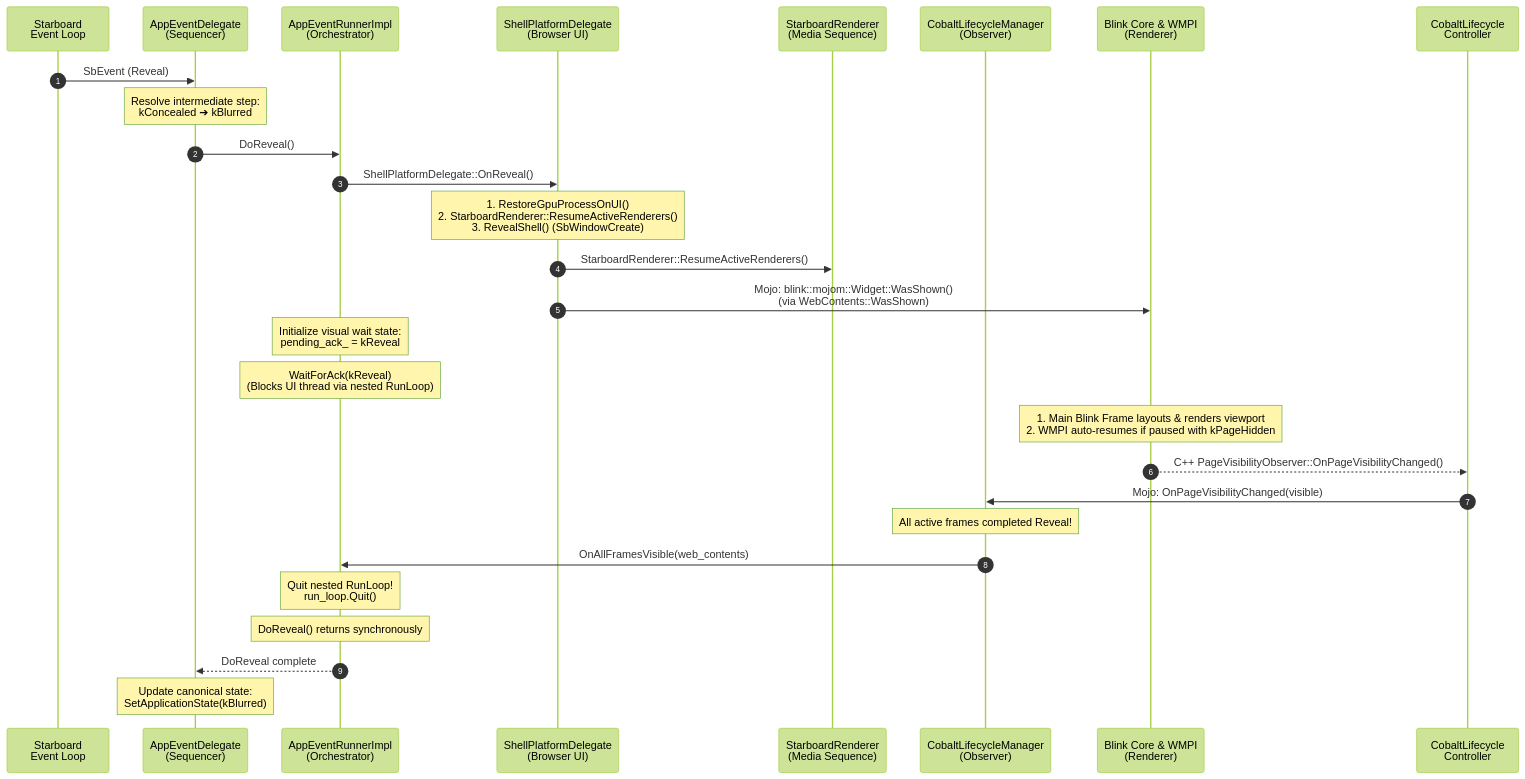
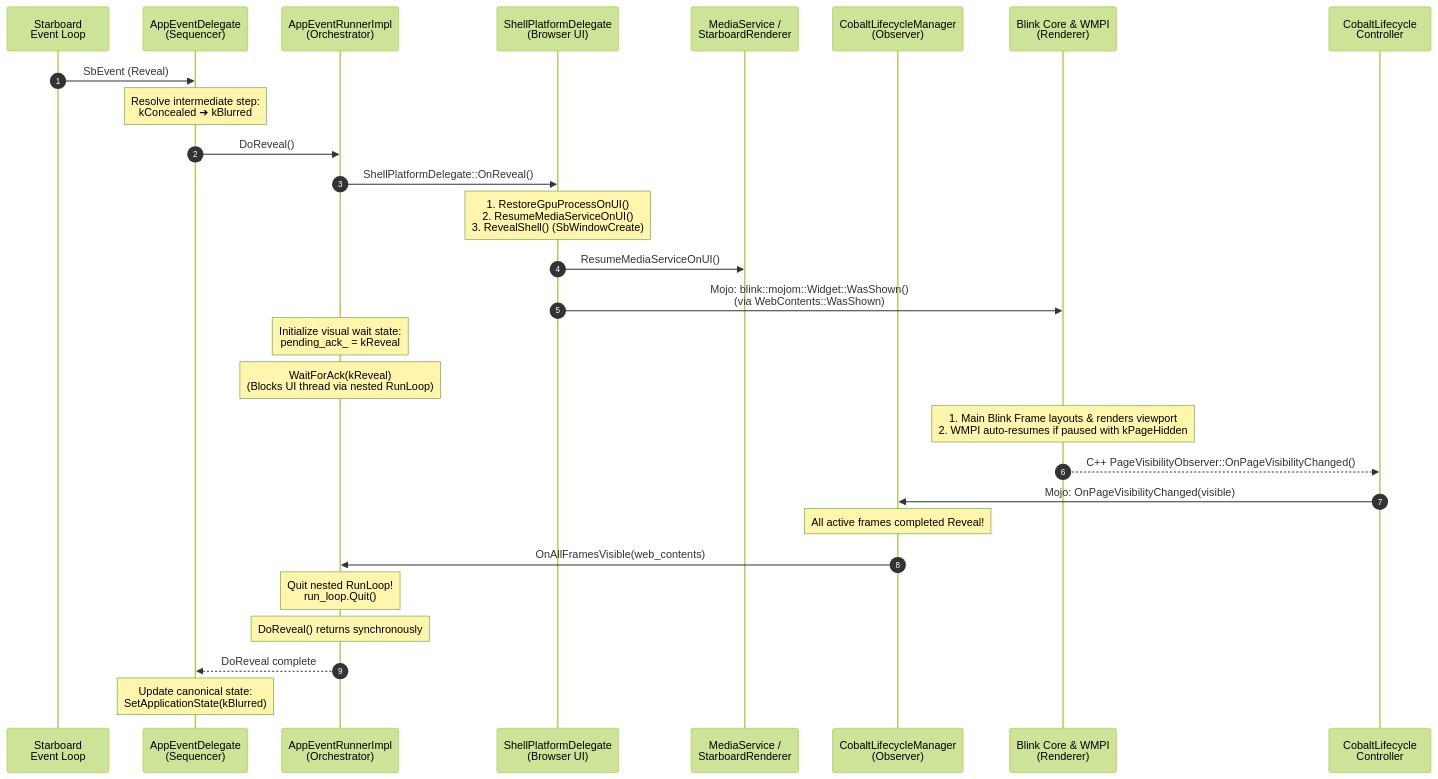
One commit to youtube/cobalt changed the sixth of 14 diagrams in cobalt/doc/lifecycle_internals.md. Above: the diagram before and after it, drawn with Mermaid (forest theme). The commit also changed other lines of this file and 16 other files, not shown here.

````diff
--- a/cobalt/doc/lifecycle_internals.md
+++ b/cobalt/doc/lifecycle_internals.md
@@ -256,32 +256,32 @@
 ```mermaid
 sequenceDiagram
   autonumber
   participant OS as Starboard <br/> Event Loop
   participant Delegate as AppEventDelegate <br/> (Sequencer)
   participant Runner as AppEventRunnerImpl <br/> (Orchestrator)
   participant Shell as ShellPlatformDelegate <br/> (Browser UI)
-  participant Media as StarboardRenderer <br/> (Media Sequence)
+  participant Media as MediaService / <br/> StarboardRenderer
   participant Manager as CobaltLifecycleManager <br/> (Observer)
   participant Blink as Blink Core & WMPI <br/> (Renderer)
   participant Controller as CobaltLifecycle <br/> Controller
 
   OS->>Delegate: SbEvent (Reveal)
   Note over Delegate: Resolve intermediate step:<br/>kConcealed ➔ kBlurred
   Delegate->>Runner: DoReveal()
   Runner->>Shell: ShellPlatformDelegate::OnReveal()
-  Note over Shell: 1. RestoreGpuProcessOnUI()<br/>2. StarboardRenderer::ResumeActiveRenderers()<br/>3. RevealShell() (SbWindowCreate)
-  Shell->>Media: StarboardRenderer::ResumeActiveRenderers()
+  Note over Shell: 1. RestoreGpuProcessOnUI()<br/>2. ResumeMediaServiceOnUI()<br/>3. RevealShell() (SbWindowCreate)
+  Shell->>Media: ResumeMediaServiceOnUI()
   Shell->>Blink: Mojo: blink::mojom::Widget::WasShown() <br/> (via WebContents::WasShown)
   Note over Runner: Initialize visual wait state:<br/>pending_ack_ = kReveal
   Note over Runner: WaitForAck(kReveal)<br/>(Blocks UI thread via nested RunLoop)
 
   Note over Blink: 1. Main Blink Frame layouts & renders viewport<br/>2. WMPI auto-resumes if paused with kPageHidden
   Blink-->>Controller: C++ PageVisibilityObserver::OnPageVisibilityChanged()
   Controller->>Manager: Mojo: OnPageVisibilityChanged(visible)
   Note over Manager: All active frames completed Reveal!
   Manager->>Runner: OnAllFramesVisible(web_contents)
   Note over Runner: Quit nested RunLoop!<br/>run_loop.Quit()
   Note over Runner: DoReveal() returns synchronously
   Runner-->>Delegate: DoReveal complete
   Note over Delegate: Update canonical state:<br/>SetApplicationState(kBlurred)
 ```
````
